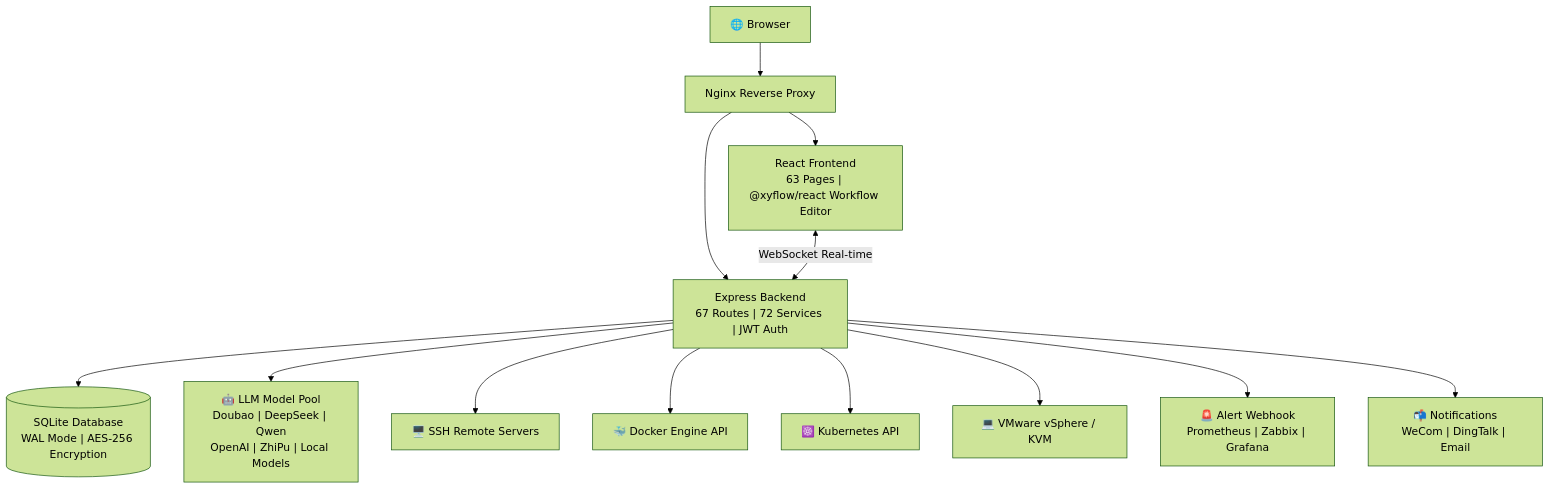
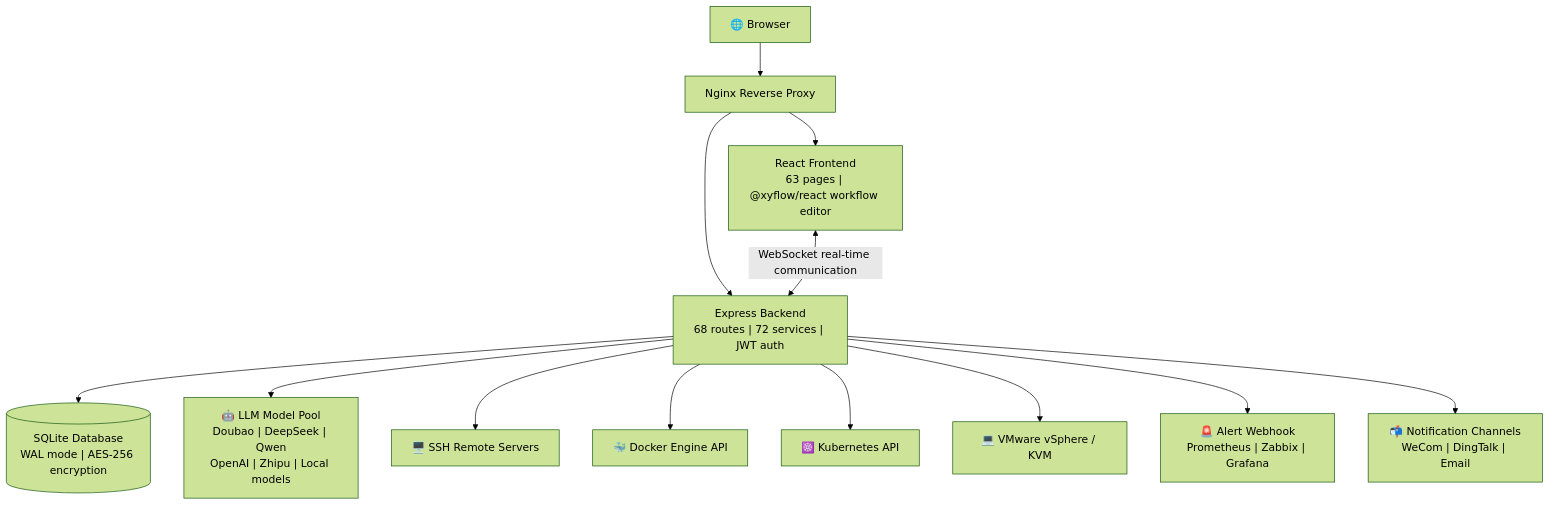
The diagram in README.en.md (cianfox/itops-agent-platform), drawn with Mermaid (forest theme) before and after one commit. The commit also changed other lines of this file and 97 other files, not shown here.

````diff
--- a/README.en.md
+++ b/README.en.md
@@ -291,15 +304,15 @@
 ```mermaid
 graph TB
     Browser["🌐 Browser"] --> Nginx["Nginx Reverse Proxy"]
-    Nginx --> React["React Frontend<br/>63 Pages | @xyflow/react Workflow Editor"]
-    Nginx --> Express["Express Backend<br/>67 Routes | 72 Services | JWT Auth"]
-    React <-->|"WebSocket Real-time"| Express
-    Express --> SQLite[("SQLite Database<br/>WAL Mode | AES-256 Encryption")]
-    Express --> LLM["🤖 LLM Model Pool<br/>Doubao | DeepSeek | Qwen<br/>OpenAI | ZhiPu | Local Models"]
+    Nginx --> React["React Frontend<br/>63 pages | @xyflow/react workflow editor"]
+    Nginx --> Express["Express Backend<br/>68 routes | 72 services | JWT auth"]
+    React <-->|"WebSocket real-time communication"| Express
+    Express --> SQLite[("SQLite Database<br/>WAL mode | AES-256 encryption")]
+    Express --> LLM["🤖 LLM Model Pool<br/>Doubao | DeepSeek | Qwen<br/>OpenAI | Zhipu | Local models"]
     Express --> SSH["🖥️ SSH Remote Servers"]
     Express --> Docker["🐳 Docker Engine API"]
     Express --> K8s["☸️ Kubernetes API"]
     Express --> VMware["💻 VMware vSphere / KVM"]
     Express --> Webhook["🚨 Alert Webhook<br/>Prometheus | Zabbix | Grafana"]
-    Express --> Notify["📬 Notifications<br/>WeCom | DingTalk | Email"]
+    Express --> Notify["📬 Notification Channels<br/>WeCom | DingTalk | Email"]
 ```
````
